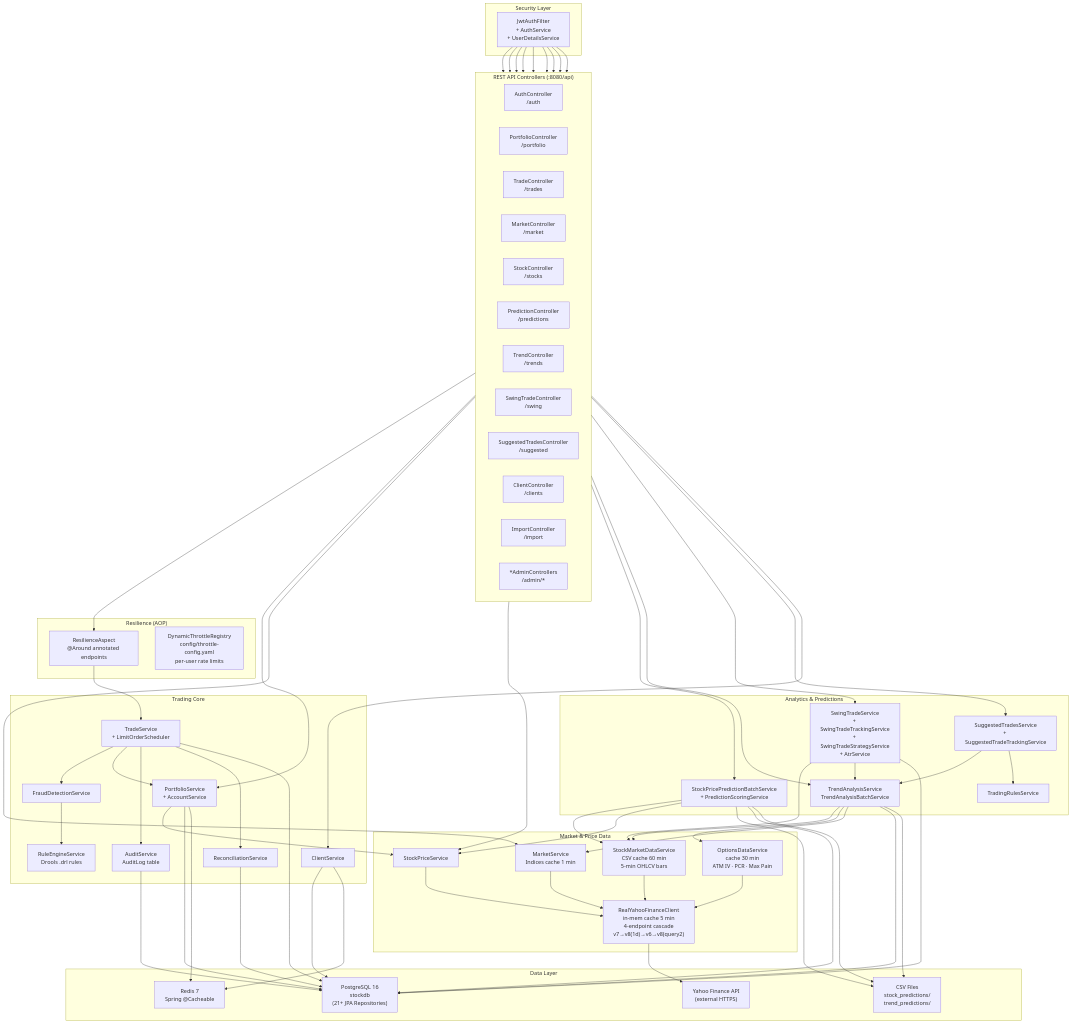
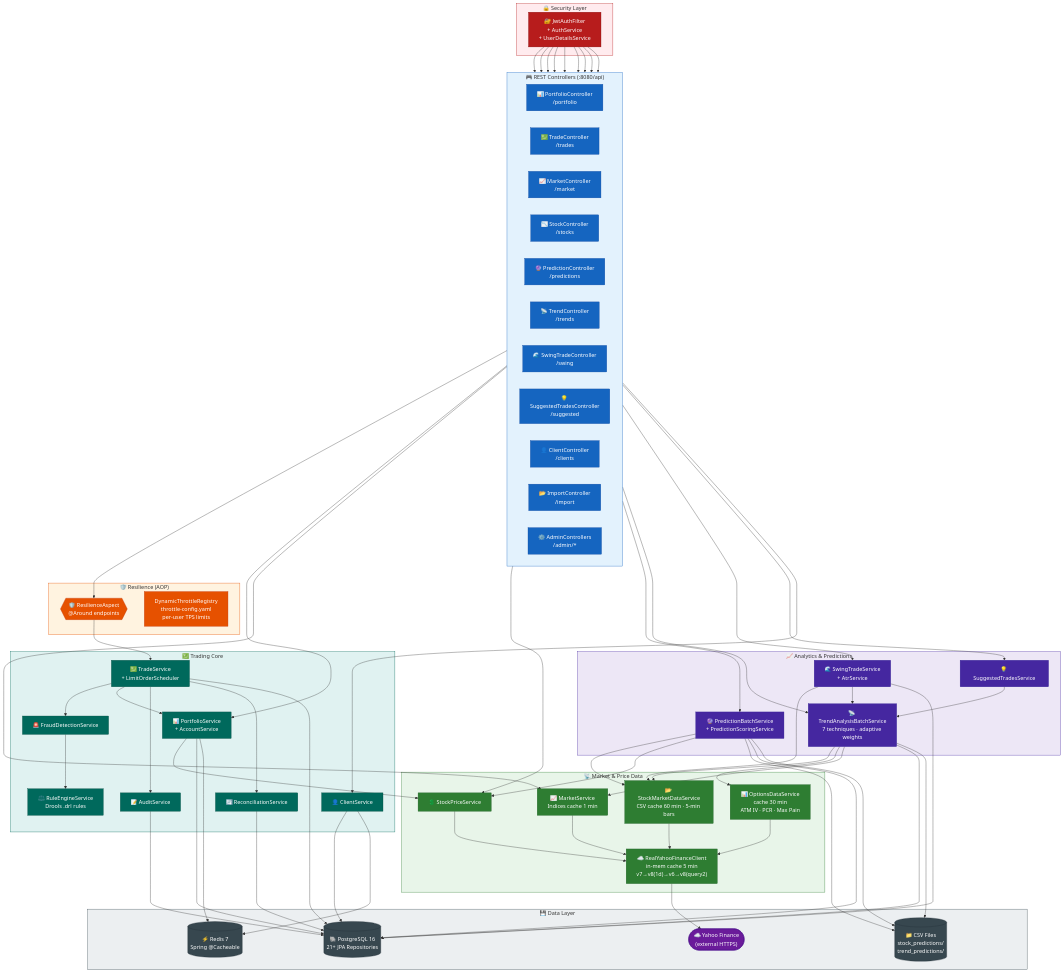
One commit to vkhera/tradewebapp changed the second of 8 diagrams in ARCHITECTURE.md. Above: the diagram before and after it, drawn with Mermaid. The commit also changed other lines of this file, not shown here.

Commit message:
Enhance ARCHITECTURE.md with colors, icons, shapes, and use case diagrams

````diff
--- a/ARCHITECTURE.md
+++ b/ARCHITECTURE.md
@@ -70,65 +91,71 @@
 ```mermaid
 graph TB
-    subgraph SecurityLayer["Security Layer"]
-        JWT["JwtAuthFilter\n+ AuthService\n+ UserDetailsService"]
+    classDef security fill:#B71C1C,stroke:#7F0000,color:#fff
+    classDef controller fill:#1565C0,stroke:#0D47A1,color:#fff
+    classDef resilience fill:#E65100,stroke:#BF360C,color:#fff
+    classDef trading fill:#00695C,stroke:#004D40,color:#fff
+    classDef market fill:#2E7D32,stroke:#1B5E20,color:#fff
+    classDef analytics fill:#4527A0,stroke:#311B92,color:#fff
+    classDef datastore fill:#37474F,stroke:#263238,color:#fff
+    classDef external fill:#6A1B9A,stroke:#4A148C,color:#fff
+
+    subgraph SecurityLayer["🔒 Security Layer"]
+        JWT["🔐 JwtAuthFilter\n+ AuthService\n+ UserDetailsService"]:::security
     end
 
-    subgraph Controllers["REST API Controllers  (:8080/api)"]
+    subgraph Controllers["🎮 REST Controllers  (:8080/api)"]
         direction LR
-        C1["AuthController\n/auth"]
-        C2["PortfolioController\n/portfolio"]
-        C3["TradeController\n/trades"]
-        C4["MarketController\n/market"]
-        C5["StockController\n/stocks"]
-        C6["PredictionController\n/predictions"]
-        C7["TrendController\n/trends"]
-        C8["SwingTradeController\n/swing"]
-        C9["SuggestedTradesController\n/suggested"]
-        C10["ClientController\n/clients"]
-        C11["ImportController\n/import"]
-        C12["*AdminControllers\n/admin/*"]
+        C2["📊 PortfolioController\n/portfolio"]:::controller
+        C3["💹 TradeController\n/trades"]:::controller
+        C4["📈 MarketController\n/market"]:::controller
+        C5["📉 StockController\n/stocks"]:::controller
+        C6["🔮 PredictionController\n/predictions"]:::controller
+        C7["📡 TrendController\n/trends"]:::controller
+        C8["🌊 SwingTradeController\n/swing"]:::controller
+        C9["💡 SuggestedTradesController\n/suggested"]:::controller
+        C10["👤 ClientController\n/clients"]:::controller
+        C11["📂 ImportController\n/import"]:::controller
+        C12["⚙️ AdminControllers\n/admin/*"]:::controller
     end
 
-    subgraph ResilienceLayer["Resilience  (AOP)"]
-        RA["ResilienceAspect\n@Around annotated endpoints"]
-        TR["DynamicThrottleRegistry\nconfig/throttle-config.yaml\nper-user rate limits"]
+    subgraph ResilienceLayer["🛡️ Resilience  (AOP)"]
+        RA{{"🛡️ ResilienceAspect\n@Around endpoints"}}:::resilience
+        TR["DynamicThrottleRegistry\nthrottle-config.yaml\nper-user TPS limits"]:::resilience
     end
 
-    subgraph TradingCore["Trading Core"]
-        TS["TradeService\n+ LimitOrderScheduler"]
-        PS["PortfolioService\n+ AccountService"]
-        FD["FraudDetectionService"]
-        RE["RuleEngineService\nDrools .drl rules"]
-        RS["ReconciliationService"]
-        AU["AuditService\nAuditLog table"]
-        CS["ClientService"]
+    subgraph TradingCore["💹 Trading Core"]
+        TS["💹 TradeService\n+ LimitOrderScheduler"]:::trading
+        PS["📊 PortfolioService\n+ AccountService"]:::trading
+        FD["🚨 FraudDetectionService"]:::trading
+        RE["⚖️ RuleEngineService\nDrools .drl rules"]:::trading
+        RS["🔄 ReconciliationService"]:::trading
+        AU["📝 AuditService"]:::trading
+        CS["👤 ClientService"]:::trading
     end
 
-    subgraph MarketData["Market & Price Data"]
-        MS["MarketService\nIndices cache 1 min"]
-        SS["StockPriceService"]
-        YC["RealYahooFinanceClient\nin-mem cache 5 min\n4-endpoint cascade\nv7→v8(1d)→v6→v8(query2)"]
-        MD["StockMarketDataService\nCSV cache 60 min\n5-min OHLCV bars"]
-        OD["OptionsDataService\ncache 30 min\nATM IV · PCR · Max Pain"]
+    subgraph MarketData["📡 Market & Price Data"]
+        MS["📈 MarketService\nIndices cache 1 min"]:::market
+        SS["💲 StockPriceService"]:::market
+        YC["☁️ RealYahooFinanceClient\nin-mem cache 5 min\nv7→v8(1d)→v6→v8(query2)"]:::market
+        MD["📂 StockMarketDataService\nCSV cache 60 min · 5-min bars"]:::market
+        OD["📊 OptionsDataService\ncache 30 min\nATM IV · PCR · Max Pain"]:::market
     end
 
-    subgraph Analytics["Analytics & Predictions"]
-        TA["TrendAnalysisService\nTrendAnalysisBatchService"]
-        PP["StockPricePredictionBatchService\n+ PredictionScoringService"]
-        SW["SwingTradeService\n+ SwingTradeTrackingService\n+ SwingTradeStrategyService\n+ AtrService"]
-        SG["SuggestedTradesService\n+ SuggestedTradeTrackingService"]
-        TRS["TradingRulesService"]
+    subgraph Analytics["📈 Analytics & Predictions"]
+        TA["📡 TrendAnalysisBatchService\n7 techniques · adaptive weights"]:::analytics
+        PP["🔮 PredictionBatchService\n+ PredictionScoringService"]:::analytics
+        SW["🌊 SwingTradeService\n+ AtrService"]:::analytics
+        SG["💡 SuggestedTradesService"]:::analytics
     end
 
-    subgraph DataLayer["Data Layer"]
-        PG["PostgreSQL 16\nstockdb\n(21+ JPA Repositories)"]
-        RD["Redis 7\nSpring @Cacheable"]
-        FS["CSV Files\nstock_predictions/\ntrend_predictions/"]
-        YF["Yahoo Finance API\n(external HTTPS)"]
+    subgraph DataLayer["💾 Data Layer"]
+        PG[("🐘 PostgreSQL 16\n21+ JPA Repositories")]:::datastore
+        RD[("⚡ Redis 7\nSpring @Cacheable")]:::datastore
+        FS[("📁 CSV Files\nstock_predictions/\ntrend_predictions/")]:::datastore
+        YF(["☁️ Yahoo Finance\n(external HTTPS)"]):::external
     end
 
     JWT --> C2 & C3 & C4 & C5 & C6 & C7 & C8 & C9 & C10
-
     C3 --> RA --> TS
     C2 --> PS
     C4 --> MS
@@ -138,22 +165,18 @@
     C8 --> SW
     C9 --> SG
     C10 --> CS
-
     TS --> FD --> RE
     TS --> PS & AU & RS
-
     PS --> SS
     MS --> YC
     SS --> YC
     MD --> YC
     OD --> YC
     YC --> YF
-
     TA --> MD & OD & MS
     PP --> MD & SS & FS
     SW --> MD & TA
-    SG --> TA & TRS
-
+    SG --> TA
     TS --> PG
     PS --> PG & RD
     CS --> PG & RD
@@ -162,4 +185,12 @@
     SW --> PG
     AU --> PG
     RS --> PG
+
+    style SecurityLayer fill:#FFEBEE,stroke:#B71C1C
+    style Controllers fill:#E3F2FD,stroke:#1565C0
+    style ResilienceLayer fill:#FFF3E0,stroke:#E65100
+    style TradingCore fill:#E0F2F1,stroke:#00695C
+    style MarketData fill:#E8F5E9,stroke:#2E7D32
+    style Analytics fill:#EDE7F6,stroke:#4527A0
+    style DataLayer fill:#ECEFF1,stroke:#37474F
 ```
````
